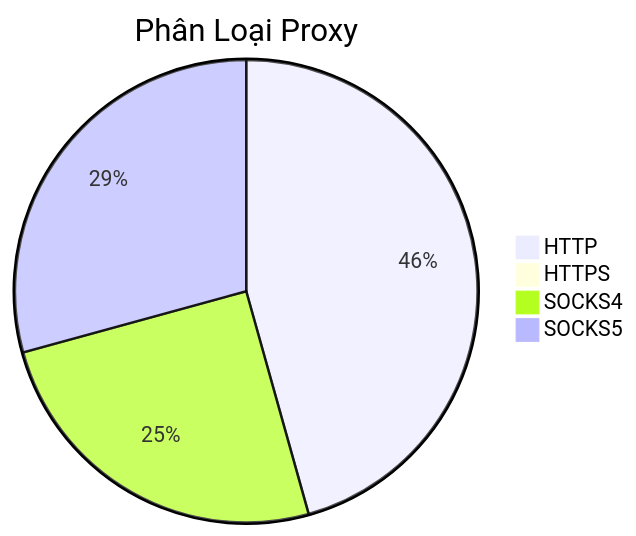
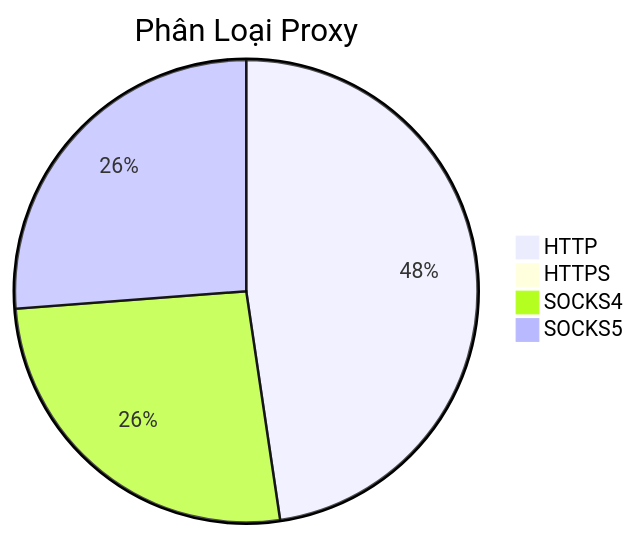
One commit to Ciara-12/PROXY-free changed the diagram in README.md. Above: the diagram before and after it, drawn with Mermaid. The commit also changed other lines of this file and 3 other files, not shown here.

````diff
--- a/README.md
+++ b/README.md
@@ -26,7 +26,7 @@
 ```mermaid
 pie title Phân Loại Proxy
-    "HTTP" : 504
+    "HTTP" : 651
     "HTTPS" : 1
-    "SOCKS4" : 277
-    "SOCKS5" : 323
+    "SOCKS4" : 357
+    "SOCKS5" : 358
 ```
````
